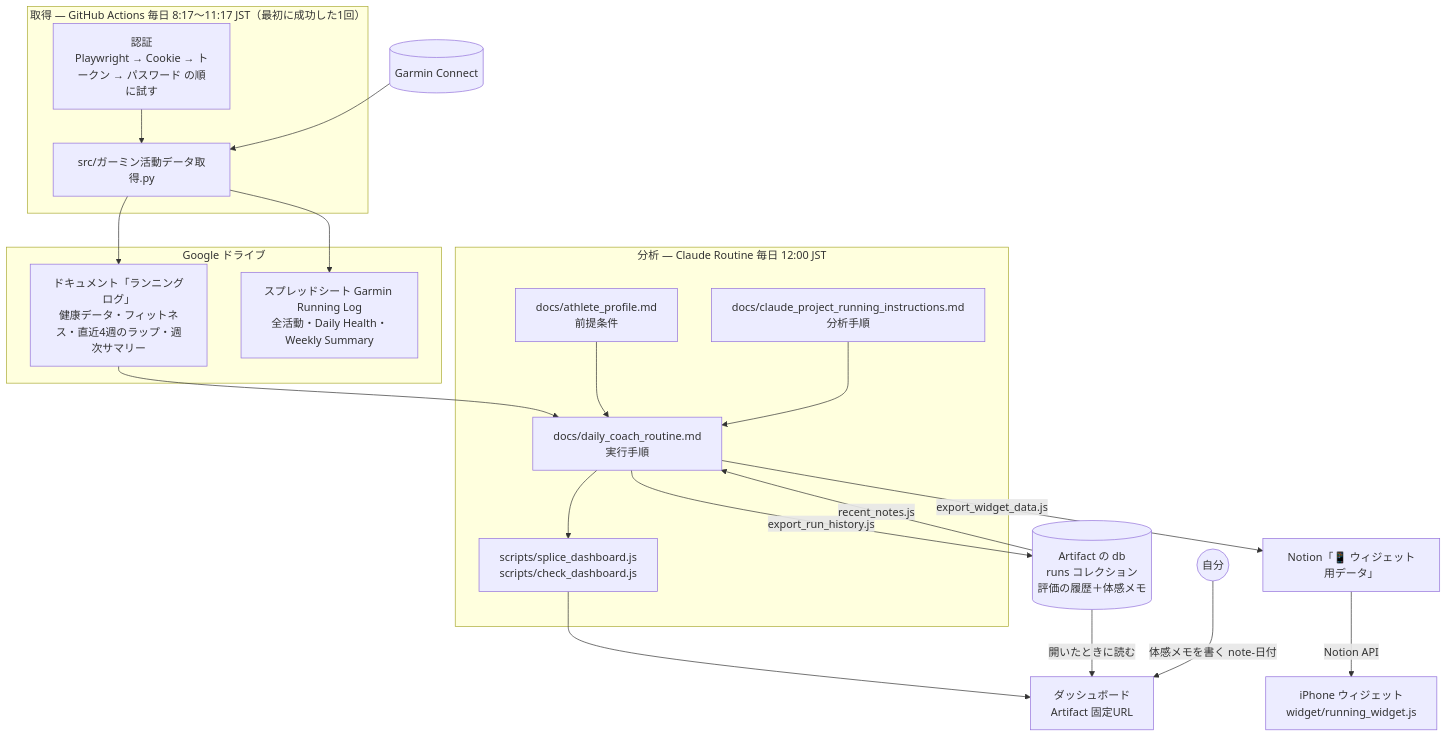
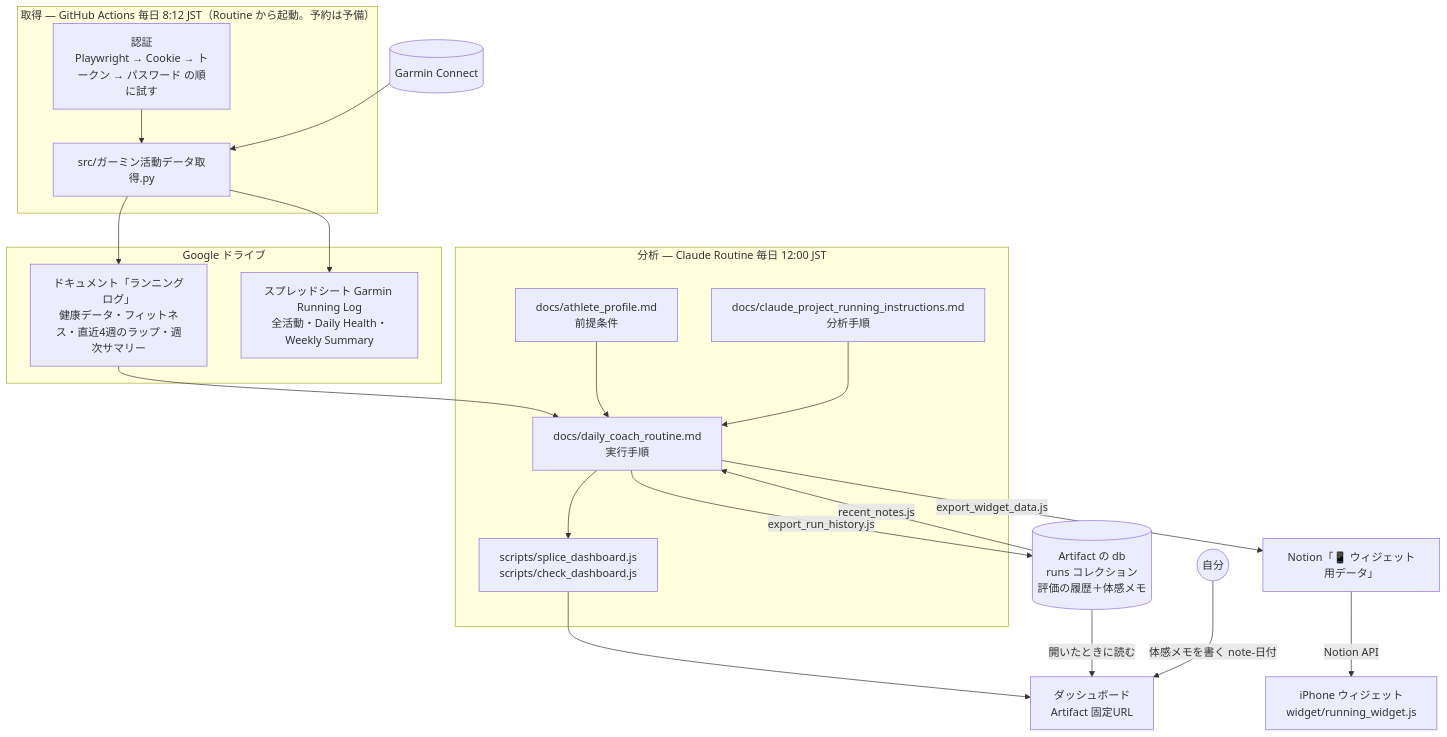
The diagram in docs/ARCHITECTURE.md (tonpe3141-ctrl/garmin-to-notion), drawn with Mermaid before and after one commit. The commit also changed other lines of this file and 5 other files, not shown here.

First line of the commit message:
同期: GitHub の予約実行の遅れを避け、Routine から workflow_dispatch で起動する

````diff
--- a/docs/ARCHITECTURE.md
+++ b/docs/ARCHITECTURE.md
@@ -9,42 +9,42 @@
 ```mermaid
 graph TD
-    subgraph "取得 — GitHub Actions 毎日 8:17〜11:17 JST（最初に成功した1回）"
+    subgraph "取得 — GitHub Actions 毎日 8:12 JST（Routine から起動。予約は予備）"
         Auth[認証<br>Playwright → Cookie → トークン → パスワード の順に試す]
         Sync[src/ガーミン活動データ取得.py]
         Auth --> Sync
     end
 
     Garmin[(Garmin Connect)] --> Sync
 
     subgraph "Google ドライブ"
         Doc["ドキュメント「ランニングログ」<br>健康データ・フィットネス・直近4週のラップ・週次サマリー"]
         Sheet["スプレッドシート Garmin Running Log<br>全活動・Daily Health・Weekly Summary"]
     end
     Sync --> Doc
     Sync --> Sheet
 
     subgraph "分析 — Claude Routine 毎日 12:00 JST"
         Profile[docs/athlete_profile.md<br>前提条件]
         Method[docs/claude_project_running_instructions.md<br>分析手順]
         Steps[docs/daily_coach_routine.md<br>実行手順]
         Splice[scripts/splice_dashboard.js<br>scripts/check_dashboard.js]
     end
     Doc --> Steps
     Profile --> Steps
     Method --> Steps
     Steps --> Splice
 
     Dash[ダッシュボード<br>Artifact 固定URL]
     DB[(Artifact の db<br>runs コレクション<br>評価の履歴＋体感メモ)]
     Me((自分))
     NP[Notion「📱 ウィジェット用データ」]
     W[iPhone ウィジェット<br>widget/running_widget.js]
 
     Splice --> Dash
     Steps -->|export_run_history.js| DB
     Steps -->|export_widget_data.js| NP
     DB -->|開いたときに読む| Dash
     Me -->|体感メモを書く note-日付| Dash
     DB -->|recent_notes.js| Steps
     NP -->|Notion API| W
 ```
````
